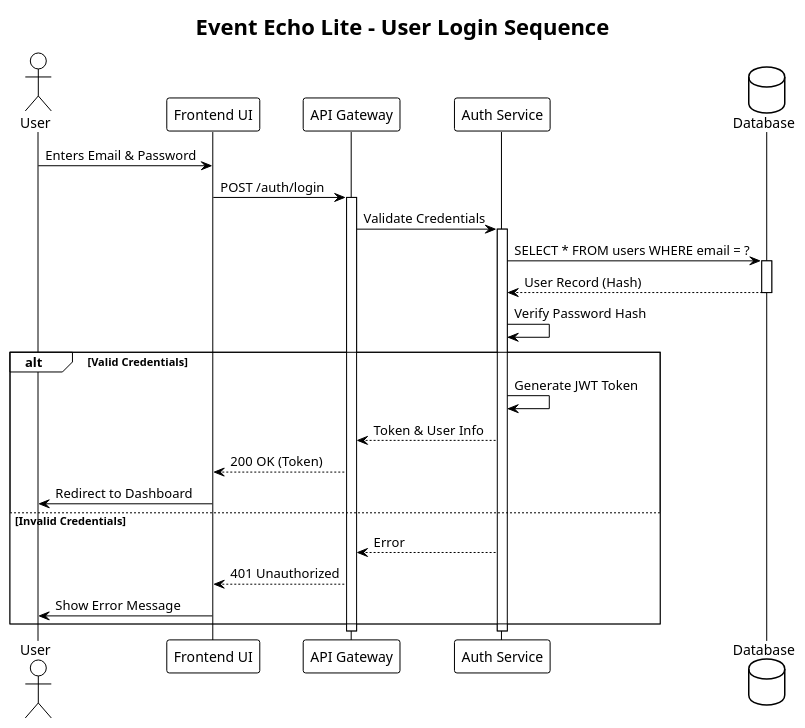
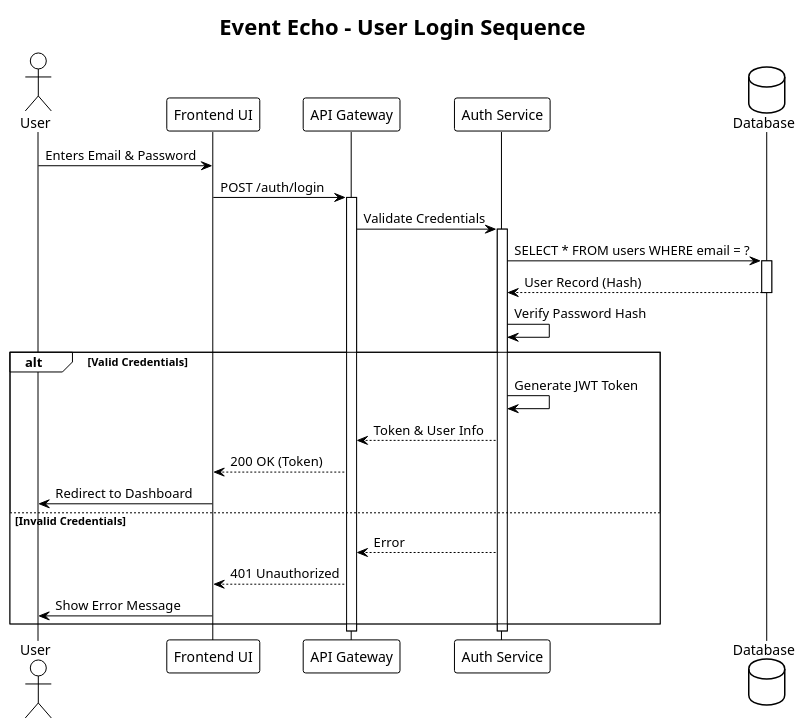
One commit to JoshuaCYin/Event-Echo-Lite changed the diagram in docs/diagrams/sequence_login.puml. Above: the diagram before and after it, drawn with PlantUML. The commit also changed 7 other files, not shown here.

Commit message:
Fix issue in diagrams.

```diff
--- a/docs/diagrams/sequence_login.puml
+++ b/docs/diagrams/sequence_login.puml
@@ -1,39 +1,39 @@
 @startuml
 !theme plain
-title Event Echo Lite - User Login Sequence
+title Event Echo - User Login Sequence
 
 actor User
 participant "Frontend UI" as UI
 participant "API Gateway" as API
 participant "Auth Service" as Auth
 database "Database" as DB
 
 User -> UI : Enters Email & Password
 UI -> API : POST /auth/login
 activate API
 
 API -> Auth : Validate Credentials
 activate Auth
 
 Auth -> DB : SELECT * FROM users WHERE email = ?
 activate DB
 DB --> Auth : User Record (Hash)
 deactivate DB
 
 Auth -> Auth : Verify Password Hash
 
 alt Valid Credentials
     Auth -> Auth : Generate JWT Token
     Auth --> API : Token & User Info
     API --> UI : 200 OK (Token)
     UI -> User : Redirect to Dashboard
 else Invalid Credentials
     Auth --> API : Error
     API --> UI : 401 Unauthorized
     UI -> User : Show Error Message
 end
 
 deactivate Auth
 deactivate API
 
 @enduml
```
